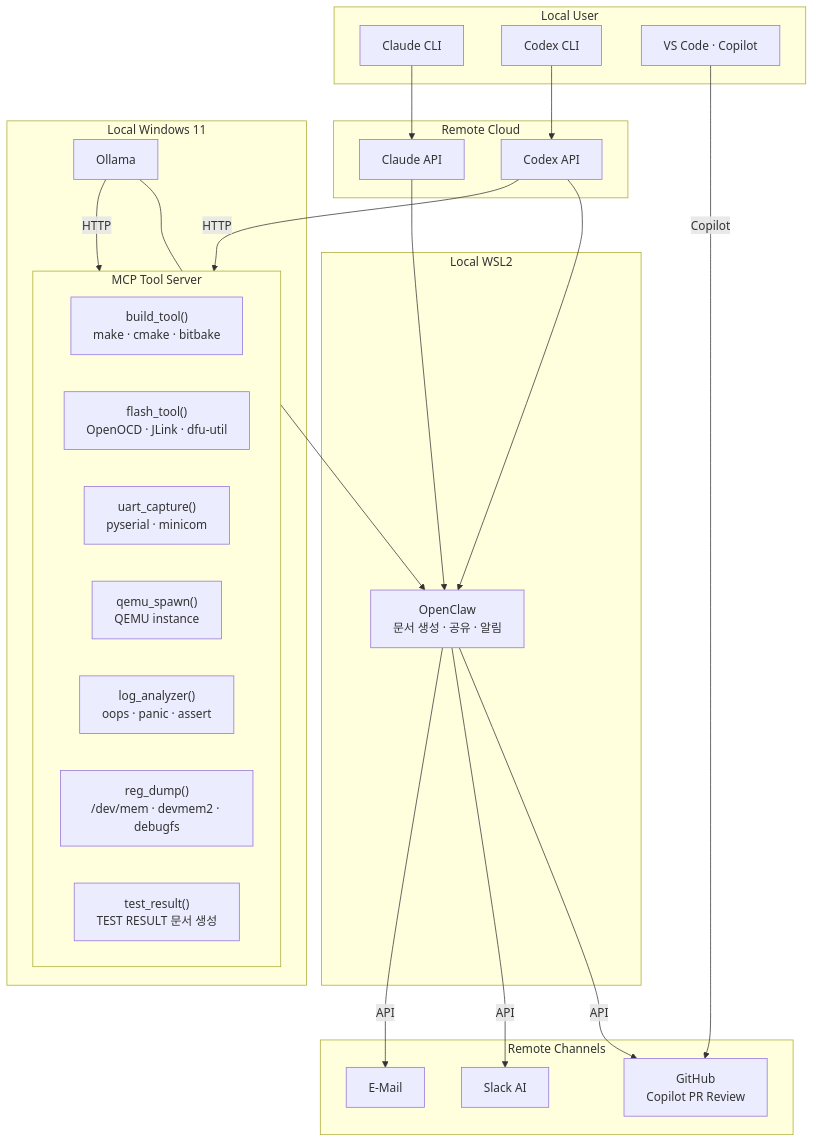
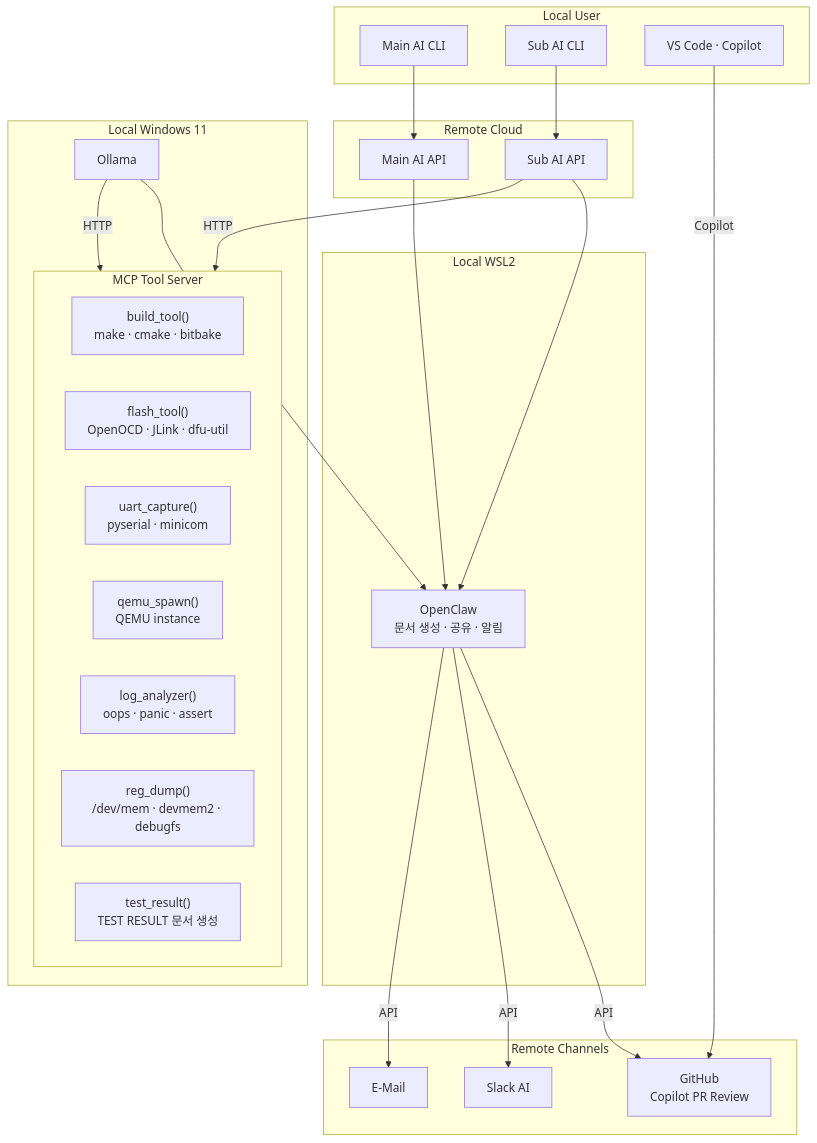
Before and after one commit to JeonghunLee/local-ai-agent-mcp: the first of 2 diagrams in docs/architecture/system-design.md, drawn with Mermaid. The commit also changed other lines of this file, not shown here.

````diff
--- a/docs/architecture/system-design.md
+++ b/docs/architecture/system-design.md
@@ -101,51 +101,51 @@
 ```mermaid
 graph TD
     subgraph UserCLI["Local User"]
-        ClaudeCLI["Claude CLI"]
-        CodexCLI["Codex CLI"]
+        MainAICLI["Main AI CLI"]
+        SubAICLI["Sub AI CLI"]
         VSCode["VS Code · Copilot"]
     end
 
     subgraph Remote["Remote Cloud"]
-        Claude["Claude API"]
-        Codex["Codex API"]
+        MainAI["Main AI API"]
+        SubAI["Sub AI API"]
     end
 
     subgraph LocalWSL2["Local WSL2"]
         OpenClaw["OpenClaw\n문서 생성 · 공유 · 알림"]
     end
 
     subgraph LocalWindows["Local Windows 11"]
         Ollama["Ollama"]
         subgraph MCPTools["MCP Tool Server"]
             Build["build_tool()\nmake · cmake · bitbake"]
             Flash["flash_tool()\nOpenOCD · JLink · dfu-util"]
             Uart["uart_capture()\npyserial · minicom"]
             Qemu["qemu_spawn()\nQEMU instance"]
             LogA["log_analyzer()\noops · panic · assert"]
             Reg["reg_dump()\n/dev/mem · devmem2 · debugfs"]
             TestR["test_result()\nTEST RESULT 문서 생성"]
         end
     end
 
     subgraph Channels["Remote Channels"]
         GitHub["GitHub\nCopilot PR Review"]
         Slack["Slack AI"]
         EMail["E-Mail"]              
     end
 
-    ClaudeCLI --> Claude
-    CodexCLI --> Codex
+    MainAICLI --> MainAI
+    SubAICLI --> SubAI
     VSCode -->|Copilot| GitHub
 
-    Claude --> OpenClaw
-    Codex --> OpenClaw
+    MainAI --> OpenClaw
+    SubAI --> OpenClaw
     Ollama --> OpenClaw
 
     Ollama -->|HTTP| MCPTools
-    Codex -->|HTTP| MCPTools
+    SubAI -->|HTTP| MCPTools
 
     OpenClaw -->|API| GitHub
     OpenClaw -->|API| Slack
     OpenClaw -->|API| EMail        
 ```
````
